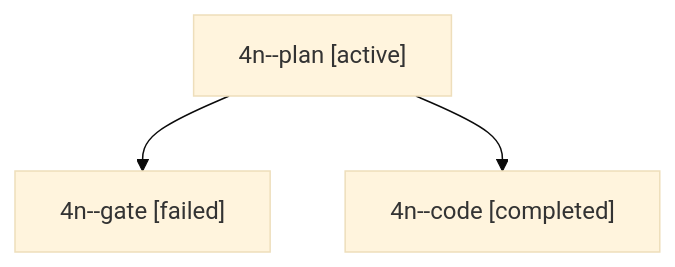
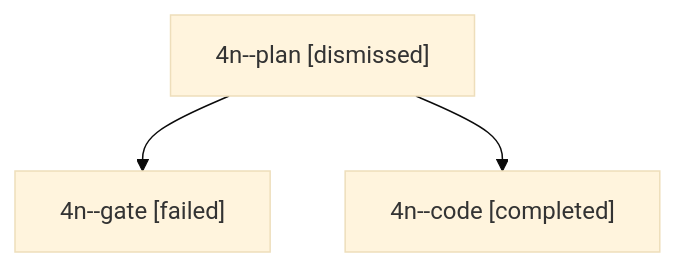
One commit to bobs-org/bob-cli--agents changed the diagram in sessions/bbugyi200.apollo.4n.md. Above: the diagram before and after it, drawn with Mermaid (base theme). The commit also changed other lines of this file and 33 other files, not shown here.

````diff
--- a/sessions/bbugyi200.apollo.4n.md
+++ b/sessions/bbugyi200.apollo.4n.md
@@ -9,8 +9,8 @@
 ```mermaid
 flowchart TD
-  n0["4n--plan [active]"]
+  n0["4n--plan [dismissed]"]
   n1["4n--gate [failed]"]
   n0 --> n1
   n2["4n--code [completed]"]
   n0 --> n2
 ```
````
